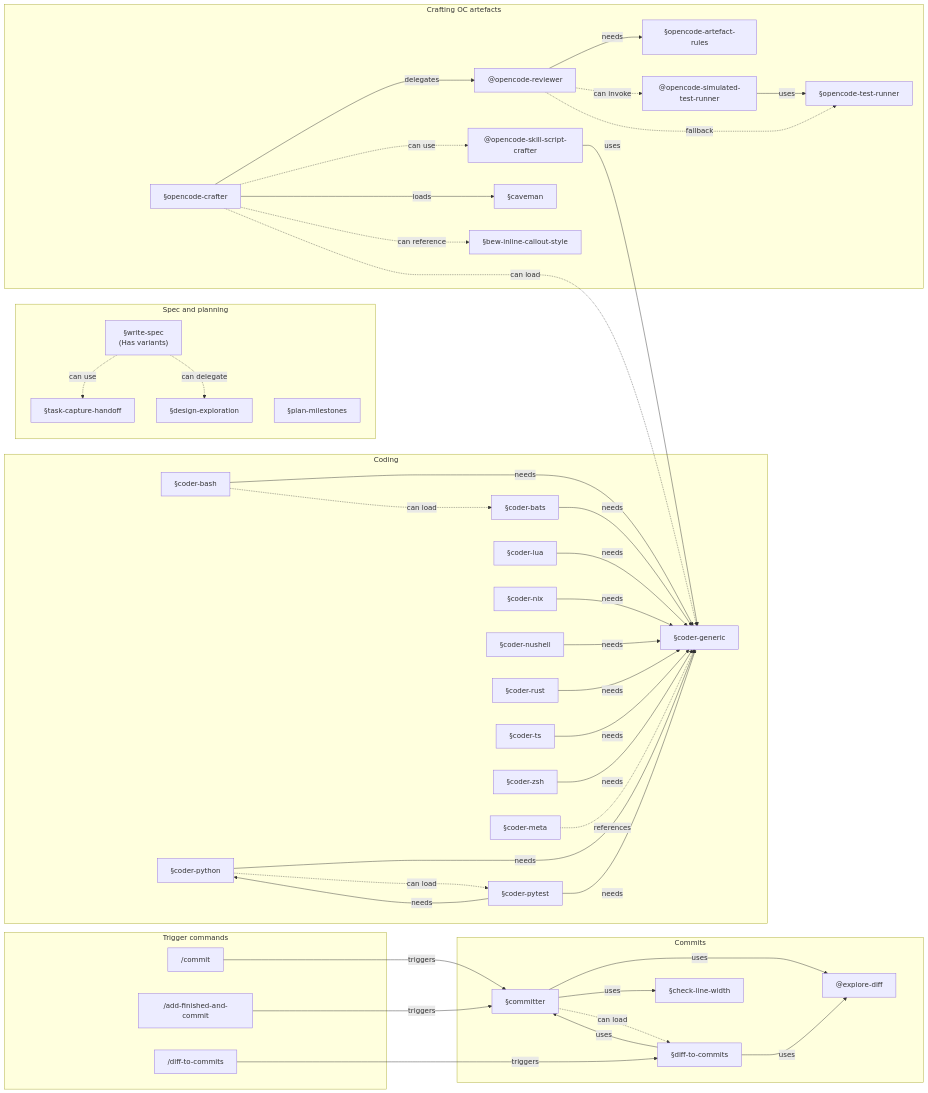
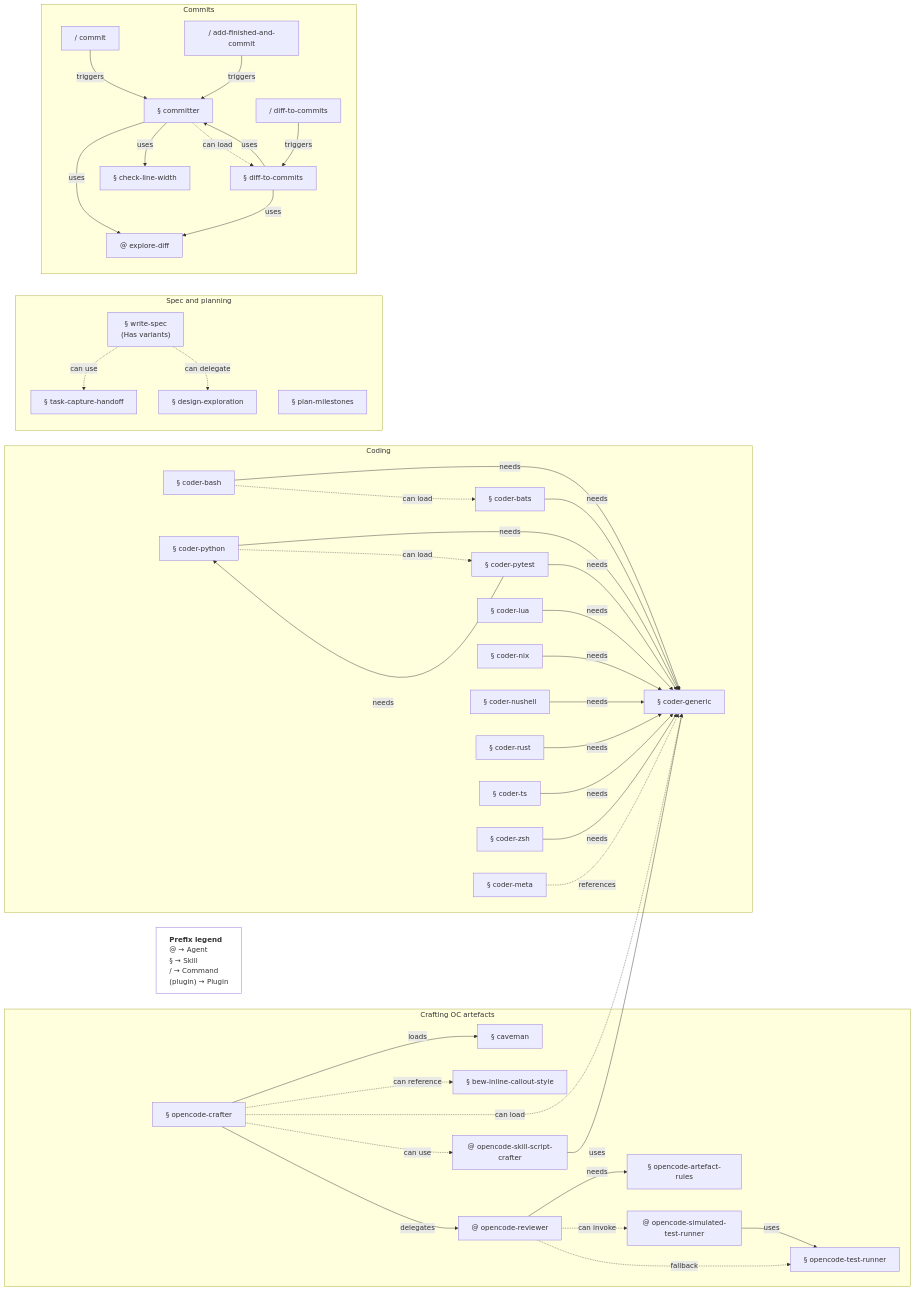
Before and after one commit to bew/dotfiles: the first of 2 diagrams in opencode/MY_AI_STUFF.md, drawn with Mermaid. The commit also changed other lines of this file and 1 other file, not shown here.

Commit message:
oc(docs): Fold trigger commands into their artefact groups
Each trigger command now sits in the group of the artefact it triggers
rather than in a dedicated trigger group.

- Rename remaining groups to Standalone skills / Standalone commands,
  named for their shared property (no dependency edges).
- Space the kind prefix in node labels and add a left-aligned Prefix
  legend node to both graphs.
- Update the graph conventions in the format doc to match.

````diff
--- a/opencode/MY_AI_STUFF.md
+++ b/opencode/MY_AI_STUFF.md
@@ -20,17 +20,19 @@
 ```mermaid
 flowchart LR
   %% Referenced by the craft/spec subgraphs but not members of them.
-  sk_cav["§caveman"]
-  sk_bew_callout["§bew-inline-callout-style"]
-  sk_task_capture["§task-capture-handoff"]
+  sk_cav["§ caveman"]
+  sk_bew_callout["§ bew-inline-callout-style"]
+  sk_task_capture["§ task-capture-handoff"]
+  legend["<b>Prefix legend</b><br/>@ → Agent<br/>§ → Skill<br/>/ → Command<br/>(plugin) → Plugin"]
+  style legend text-align:left,fill:none
 
   subgraph craft[Crafting OC artefacts]
-    sk_crafter["§opencode-crafter"]
-    ag_reviewer["@opencode-reviewer"]
-    ag_script_crafter["@opencode-skill-script-crafter"]
-    sk_artefact_rules["§opencode-artefact-rules"]
-    sk_test_runner["§opencode-test-runner"]
-    ag_sim_test_runner["@opencode-simulated-test-runner"]
+    sk_crafter["§ opencode-crafter"]
+    ag_reviewer["@ opencode-reviewer"]
+    ag_script_crafter["@ opencode-skill-script-crafter"]
+    sk_artefact_rules["§ opencode-artefact-rules"]
+    sk_test_runner["§ opencode-test-runner"]
+    ag_sim_test_runner["@ opencode-simulated-test-runner"]
     sk_crafter -->|delegates| ag_reviewer
     sk_crafter -. can use .-> ag_script_crafter
     sk_crafter -->|loads| sk_cav
@@ -42,18 +44,18 @@
   end
 
   subgraph code[Coding]
-    sk_coder_generic["§coder-generic"]
-    sk_coder_bash["§coder-bash"]
-    sk_coder_bats["§coder-bats"]
-    sk_coder_python["§coder-python"]
-    sk_coder_pytest["§coder-pytest"]
-    sk_coder_lua["§coder-lua"]
-    sk_coder_nix["§coder-nix"]
-    sk_coder_nushell["§coder-nushell"]
-    sk_coder_rust["§coder-rust"]
-    sk_coder_ts["§coder-ts"]
-    sk_coder_zsh["§coder-zsh"]
-    sk_coder_meta["§coder-meta"]
+    sk_coder_generic["§ coder-generic"]
+    sk_coder_bash["§ coder-bash"]
+    sk_coder_bats["§ coder-bats"]
+    sk_coder_python["§ coder-python"]
+    sk_coder_pytest["§ coder-pytest"]
+    sk_coder_lua["§ coder-lua"]
+    sk_coder_nix["§ coder-nix"]
+    sk_coder_nushell["§ coder-nushell"]
+    sk_coder_rust["§ coder-rust"]
+    sk_coder_ts["§ coder-ts"]
+    sk_coder_zsh["§ coder-zsh"]
+    sk_coder_meta["§ coder-meta"]
     sk_coder_bash -->|needs| sk_coder_generic
     sk_coder_bash -. can load .-> sk_coder_bats
     sk_coder_bats -->|needs| sk_coder_generic
@@ -73,29 +75,26 @@
   end
 
   subgraph spec[Spec and planning]
-    sk_write_spec["§write-spec<br/>(Has variants)"]
-    sk_design_explore["§design-exploration"]
-    sk_plan_milestones["§plan-milestones"]
+    sk_write_spec["§ write-spec<br/>(Has variants)"]
+    sk_design_explore["§ design-exploration"]
+    sk_plan_milestones["§ plan-milestones"]
     sk_write_spec -. can delegate .-> sk_design_explore
     sk_write_spec -. can use .-> sk_task_capture
   end
 
   subgraph commit[Commits]
-    sk_committer["§committer"]
-    sk_diff2commits["§diff-to-commits"]
-    ag_explore_diff["@explore-diff"]
-    sk_check_width["§check-line-width"]
+    sk_committer["§ committer"]
+    sk_diff2commits["§ diff-to-commits"]
+    ag_explore_diff["@ explore-diff"]
+    sk_check_width["§ check-line-width"]
+    cmd_commit["/ commit"]
+    cmd_add_commit["/ add-finished-and-commit"]
+    cmd_diff2commits["/ diff-to-commits"]
     sk_committer -->|uses| ag_explore_diff
     sk_committer -->|uses| sk_check_width
     sk_committer -. can load .-> sk_diff2commits
     sk_diff2commits -->|uses| ag_explore_diff
     sk_diff2commits -->|uses| sk_committer
-  end
-
-  subgraph trig[Trigger commands]
-    cmd_commit["/commit"]
-    cmd_add_commit["/add-finished-and-commit"]
-    cmd_diff2commits["/diff-to-commits"]
     cmd_commit -->|triggers| sk_committer
     cmd_add_commit -->|triggers| sk_committer
     cmd_diff2commits -->|triggers| sk_diff2commits
````
